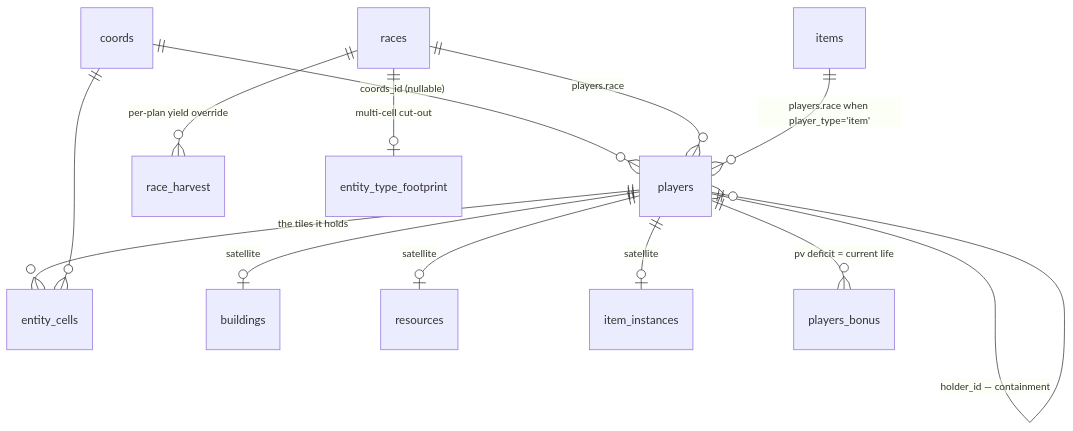
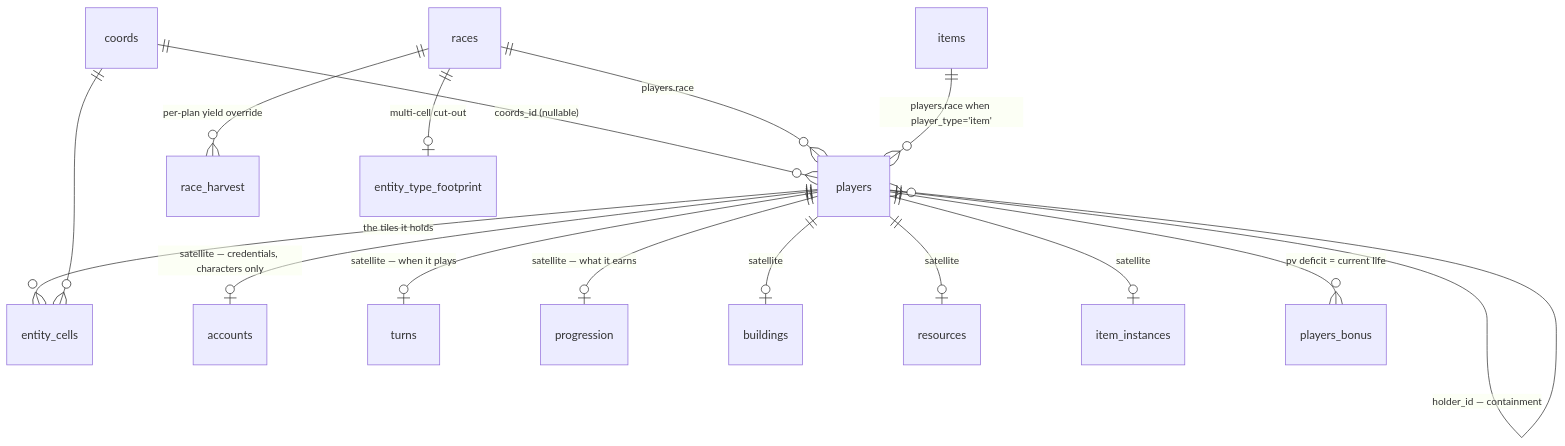
One commit to Age-Of-Olympia/aoo-engine changed the fourth of 8 diagrams in docs/entity-system-overview.md. Above: the diagram before and after it, drawn with Mermaid. The commit also changed other lines of this file and 7 other files, not shown here.

````diff
--- a/docs/entity-system-overview.md
+++ b/docs/entity-system-overview.md
@@ -204,15 +250,18 @@
 ```mermaid
 erDiagram
     coords ||--o{ players : "coords_id (nullable)"
     players ||--o{ players : "holder_id — containment"
     players ||--o{ entity_cells : "the tiles it holds"
     coords ||--o{ entity_cells : ""
     races ||--o{ players : "players.race"
     items ||--o{ players : "players.race when player_type='item'"
+    players ||--o| accounts : "satellite — credentials, characters only"
+    players ||--o| turns : "satellite — when it plays"
+    players ||--o| progression : "satellite — what it earns"
     players ||--o| buildings : "satellite"
     players ||--o| resources : "satellite"
     players ||--o| item_instances : "satellite"
     players ||--o{ players_bonus : "pv deficit = current life"
     races ||--o{ race_harvest : "per-plan yield override"
     races ||--o| entity_type_footprint : "multi-cell cut-out"
 ```
````
